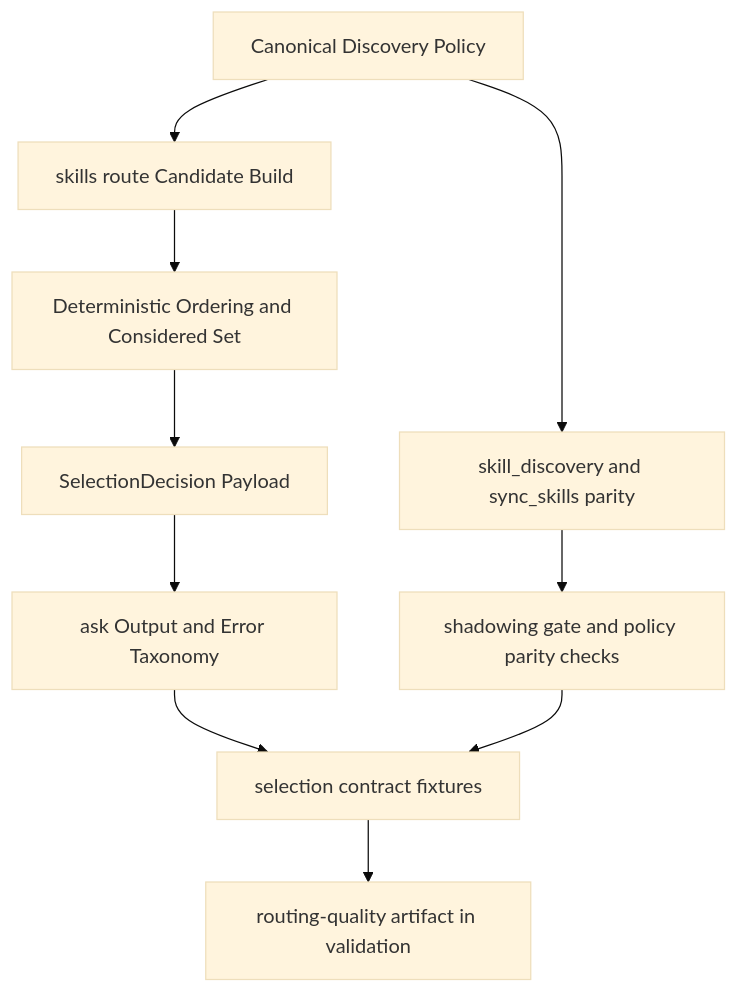
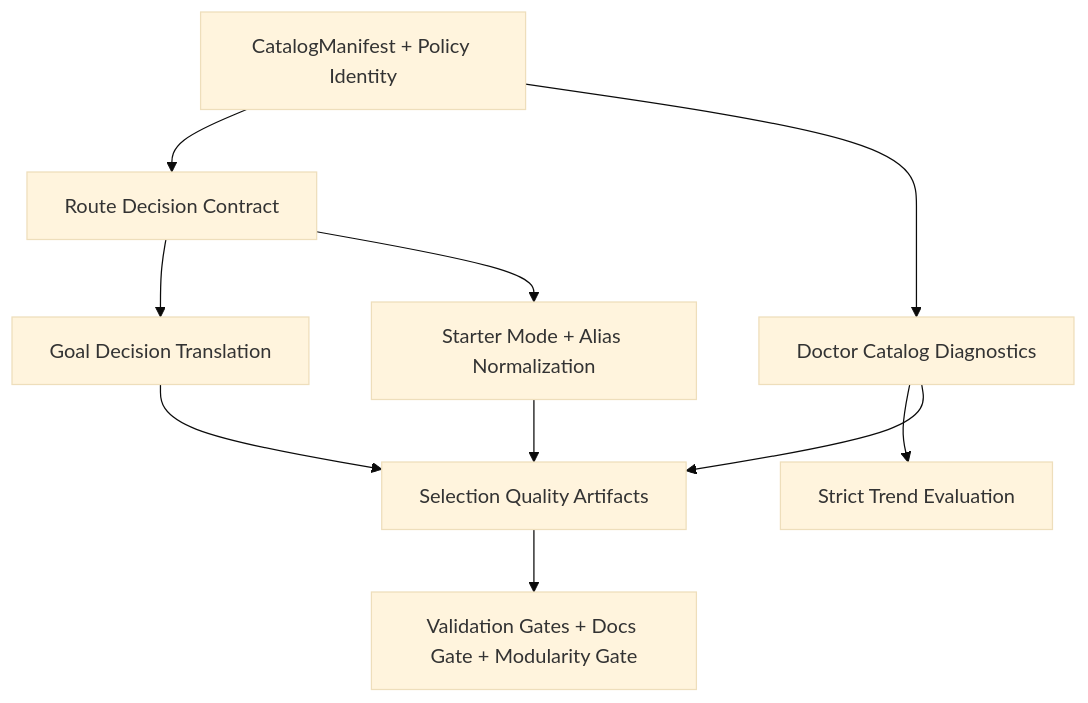
Before and after one commit to jscraik/Agent-Skills: the diagram in docs/plans/2026-04-09-feat-skill-plugin-selection-gold-standard-upgrade-plan.md, drawn with Mermaid (base theme). The commit also changed other lines of this file and 27 other files, not shown here.

````diff
--- a/docs/plans/2026-04-09-feat-skill-plugin-selection-gold-standard-upgrade-plan.md
+++ b/docs/plans/2026-04-09-feat-skill-plugin-selection-gold-standard-upgrade-plan.md
@@ -189,12 +191,12 @@
 ```mermaid
 flowchart TD
-  A["Canonical Discovery Policy"] --> B["skills route Candidate Build"]
-  B --> C["Deterministic Ordering and Considered Set"]
-  C --> D["SelectionDecision Payload"]
-  D --> E["ask Output and Error Taxonomy"]
-  A --> F["skill_discovery and sync_skills parity"]
-  F --> G["shadowing gate and policy parity checks"]
-  E --> H["selection contract fixtures"]
-  G --> H
-  H --> I["routing-quality artifact in validation"]
+  A["CatalogManifest + Policy Identity"] --> B["Route Decision Contract"]
+  B --> C["Goal Decision Translation"]
+  A --> D["Doctor Catalog Diagnostics"]
+  D --> E["Strict Trend Evaluation"]
+  B --> F["Starter Mode + Alias Normalization"]
+  C --> G["Selection Quality Artifacts"]
+  D --> G
+  F --> G
+  G --> H["Validation Gates + Docs Gate + Modularity Gate"]
 ```
````
